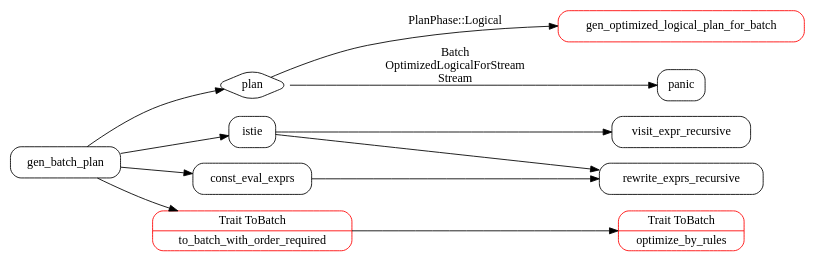
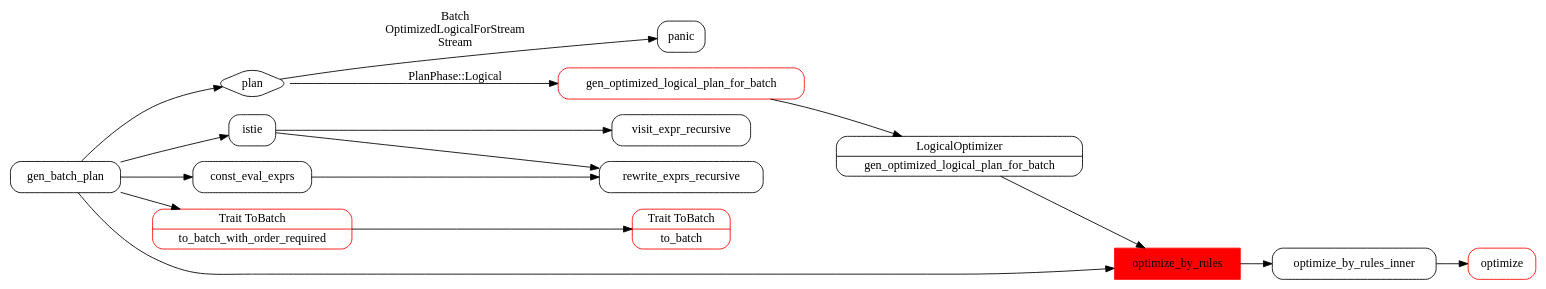
One commit to chagelo/blog changed the diagram in src/risingwave/logicplan/source/gen_batch_plan.dot. Above: the diagram before and after it, drawn with Graphviz. The commit also changed 4 other files, not shown here.

First line of the commit message:
Update logical plan

```diff
--- a/src/risingwave/logicplan/source/gen_batch_plan.dot
+++ b/src/risingwave/logicplan/source/gen_batch_plan.dot
@@ -1,28 +1,42 @@
 digraph G {
     node [shape=box;style=rounded];
     newrank=true;
     rankdir=LR;  
     gbl[label="gen_batch_plan"];
     gbl->plan;
 
     plan -> golpfb[label="PlanPhase::Logical"]
     plan -> panic[label="Batch\nOptimizedLogicalForStream\nStream"];
     
     golpfb[label="gen_optimized_logical_plan_for_batch";color=red];
     plan[label="plan";shape=diamond];
 
     gbl -> istie;
     gbl -> const_eval_exprs;
     gbl -> tbwor;
+
+    lggolpfb[shape=record;label="{{LogicalOptimizer|gen_optimized_logical_plan_for_batch}}"];
+
+    golpfb ->  lggolpfb; 
     
-    
+    lggolpfb -> obr
+
     tbwor[shape=record;label="{{Trait ToBatch | to_batch_with_order_required}}";color=red];
-    obr[shape=record;label="{{Trait ToBatch|optimize_by_rules}}";color=red];
+    obr[shape=record;style="filled";label="optimize_by_rules";color=red];
+    tb[shape=record; label="{{Trait ToBatch|to_batch}}";color=red];
     rer[label="rewrite_exprs_recursive";];
     
     const_eval_exprs -> rer;
     istie -> visit_expr_recursive;
     istie -> rer;
 
-    tbwor -> obr;
+    gbl -> obr;
+
+    tbwor -> tb;
+
+    obr -> optimize_by_rules_inner;
+    optimize_by_rules_inner -> optimize;
+
+    optimize[color=red];
+
 }
```
